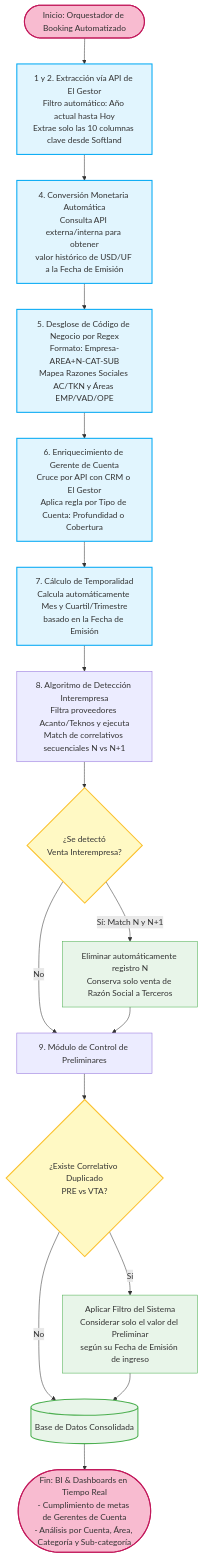
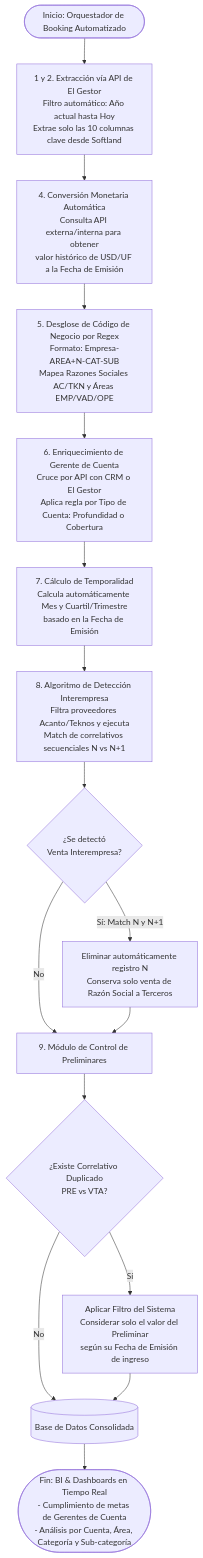
The diagram in README.md (InsectoTeatro9/mermaid-2), drawn with Mermaid before and after one commit.

Commit message:
Update README with development team styles
Added styles for the development team in the README.

````diff
--- a/README.md
+++ b/README.md
@@ -1,45 +1,28 @@
 ```mermaid
 flowchart TD
     Start([Inicio: Orquestador de Booking Automatizado]) --> API_Extract[1 y 2. Extracción vía API de El Gestor<br>Filtro automático: Año actual hasta Hoy<br>Extrae solo las 10 columnas clave desde Softland]
     
     API_Extract --> API_Currency[4. Conversión Monetaria Automática<br>Consulta API externa/interna para obtener<br>valor histórico de USD/UF a la Fecha de Emisión]
     
     API_Currency --> Auto_Parse[5. Desglose de Código de Negocio por Regex<br>Formato: Empresa-AREA+N-CAT-SUB<br>Mapea Razones Sociales AC/TKN y Áreas EMP/VAD/OPE]
     
     Auto_Parse --> API_CRM[6. Enriquecimiento de Gerente de Cuenta<br>Cruce por API con CRM o El Gestor<br>Aplica regla por Tipo de Cuenta: Profundidad o Cobertura]
     
     API_CRM --> Auto_Time[7. Cálculo de Temporalidad<br>Calcula automáticamente Mes y Cuartil/Trimestre<br>basado en la Fecha de Emisión]
     
     Auto_Time --> Filter_Inter[8. Algoritmo de Detección Interempresa<br>Filtra proveedores Acanto/Teknos y ejecuta<br>Match de correlativos secuenciales N vs N+1]
     
     Filter_Inter --> Ctrl_Inter{¿Se detectó<br>Venta Interempresa?}
     Ctrl_Inter -->|Sí: Match N y N+1| Del_Inter[Eliminar automáticamente registro N<br>Conserva solo venta de Razón Social a Terceros]
     Ctrl_Inter -->|No| Filter_Prelim[9. Módulo de Control de Preliminares]
     
     Del_Inter --> Filter_Prelim
     
     Filter_Prelim --> Ctrl_Prelim{¿Existe Correlativo Duplicado<br>PRE vs VTA?}
     Ctrl_Prelim -->|Sí| Adj_Prelim[Aplicar Filtro del Sistema<br>Considerar solo el valor del Preliminar<br>según su Fecha de Emisión de ingreso]
     Ctrl_Prelim -->|No| DB_Final[(Base de Datos Consolidada)]
     
     Adj_Prelim --> DB_Final
     
     DB_Final --> Dashboards([Fin: BI & Dashboards en Tiempo Real<br>- Cumplimiento de metas de Gerentes de Cuenta<br>- Análisis por Cuenta, Área, Categoría y Sub-categoría])
-
-    %% Estilos para el equipo de desarrollo (Diferenciación de capas)
-    style Start fill:#f8bbd0,stroke:#c2185b,stroke-width:2px
-    style Dashboards fill:#f8bbd0,stroke:#c2185b,stroke-width:2px
-    
-    style API_Extract fill:#e1f5fe,stroke:#03a9f4,stroke-width:2px
-    style API_Currency fill:#e1f5fe,stroke:#03a9f4,stroke-width:2px
-    style Auto_Parse fill:#e1f5fe,stroke:#03a9f4,stroke-width:2px
-    style API_CRM fill:#e1f5fe,stroke:#03a9f4,stroke-width:2px
-    style Auto_Time fill:#e1f5fe,stroke:#03a9f4,stroke-width:2px
-    
-    style Ctrl_Inter fill:#fff9c4,stroke:#fbc02d,stroke-width:2px
-    style Ctrl_Prelim fill:#fff9c4,stroke:#fbc02d,stroke-width:2px
-    
-    style Del_Inter fill:#e8f5e9,stroke:#4caf50,stroke-width:1px
-    style Adj_Prelim fill:#e8f5e9,stroke:#4caf50,stroke-width:1px
-    style DB_Final fill:#e8f5e9,stroke:#4caf50,stroke-width:2px
-```
+   ```
````
